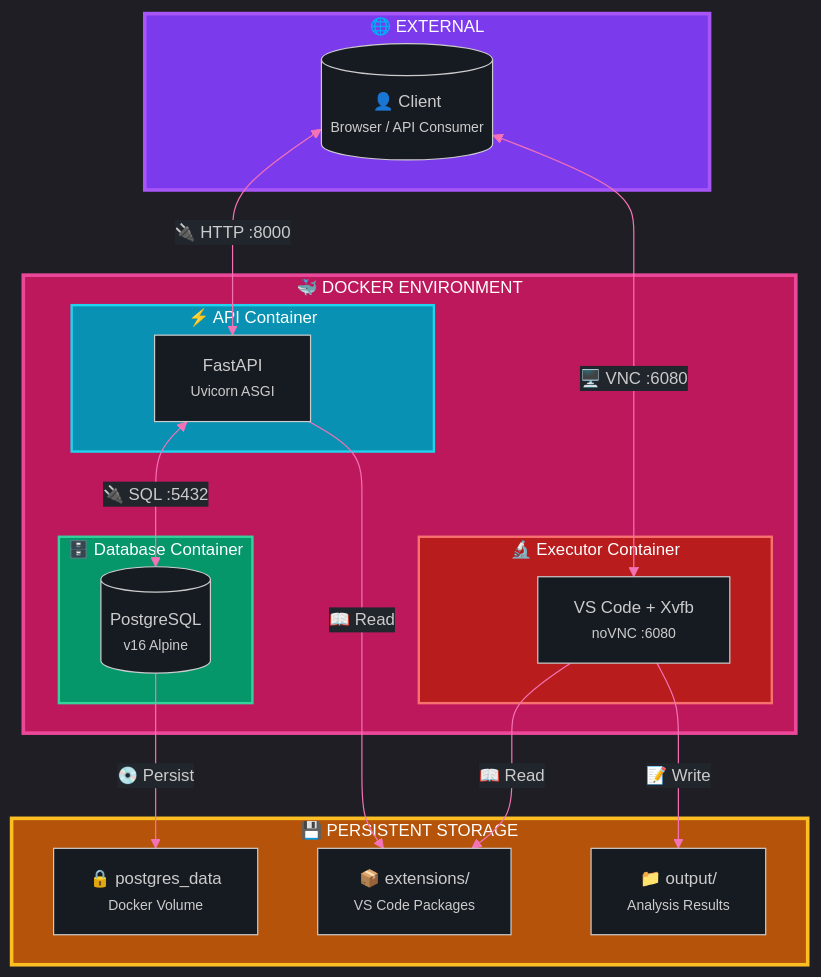
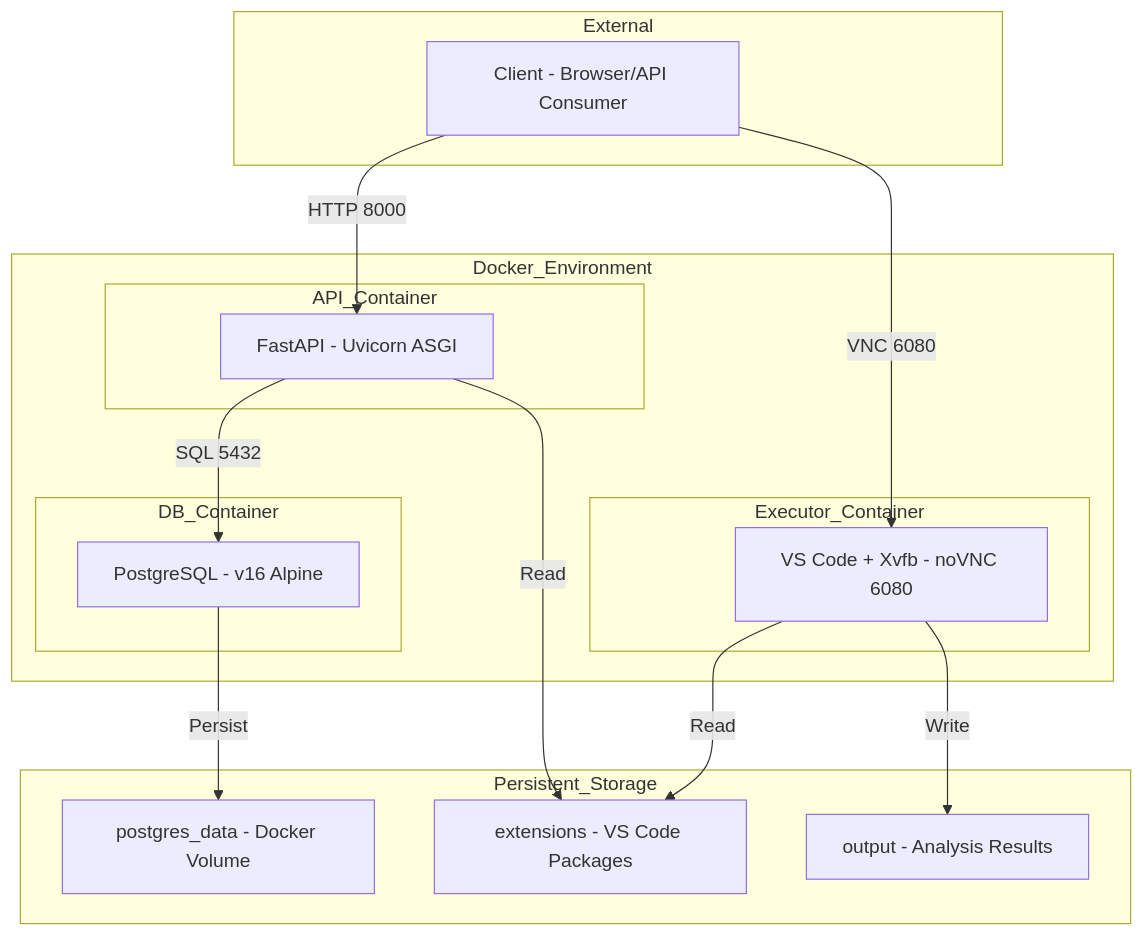
Before and after one commit to Ekremunalytu/automation_enviroment: the first of 17 diagrams in documents/ARCHITECTURE.md, drawn with Mermaid. The commit also changed 22 other files, not shown here.

````diff
--- a/documents/ARCHITECTURE.md
+++ b/documents/ARCHITECTURE.md
@@ -66,42 +66,34 @@
 ```mermaid
-%%{init: {'theme': 'dark', 'themeVariables': { 'background': '#0d1117', 'primaryColor': '#7c3aed', 'primaryTextColor': '#e6edf3', 'primaryBorderColor': '#a855f7', 'lineColor': '#f472b6', 'secondaryColor': '#1f2937', 'tertiaryColor': '#374151', 'mainBkg': '#161b22', 'nodeBkg': '#21262d', 'clusterBkg': '#161b22', 'titleColor': '#e6edf3', 'edgeLabelBackground': '#21262d', 'fontFamily': 'ui-monospace, monospace', 'fontSize': '14px'}}}%%
-flowchart TB
-    subgraph External["🌐 EXTERNAL"]
-        Client[("👤 Client<br/><small>Browser / API Consumer</small>")]
+graph TB
+    subgraph External
+        Client["Client - Browser/API Consumer"]
     end
 
-    subgraph Docker["🐳 DOCKER ENVIRONMENT"]
-        subgraph API["⚡ API Container"]
-            FastAPI["FastAPI<br/><small>Uvicorn ASGI</small>"]
+    subgraph Docker_Environment
+        subgraph API_Container
+            FastAPI["FastAPI - Uvicorn ASGI"]
         end
 
-        subgraph DB["🗄️ Database Container"]
-            PostgreSQL[("PostgreSQL<br/><small>v16 Alpine</small>")]
+        subgraph DB_Container
+            PostgreSQL["PostgreSQL - v16 Alpine"]
         end
 
-        subgraph Executor["🔬 Executor Container"]
-            VSCode["VS Code + Xvfb<br/><small>noVNC :6080</small>"]
+        subgraph Executor_Container
+            VSCode["VS Code + Xvfb - noVNC 6080"]
         end
     end
 
-    subgraph Storage["💾 PERSISTENT STORAGE"]
-        Extensions["📦 extensions/<br/><small>VS Code Packages</small>"]
-        Volumes["🔒 postgres_data<br/><small>Docker Volume</small>"]
-        Output["📁 output/<br/><small>Analysis Results</small>"]
+    subgraph Persistent_Storage
+        Extensions["extensions - VS Code Packages"]
+        Volumes["postgres_data - Docker Volume"]
+        Output["output - Analysis Results"]
     end
 
-    Client <-->|"🔌 HTTP :8000"| FastAPI
-    Client <-->|"🖥️ VNC :6080"| VSCode
-    FastAPI <-->|"🔌 SQL :5432"| PostgreSQL
-    FastAPI -->|"📖 Read"| Extensions
-    VSCode -->|"📖 Read"| Extensions
-    VSCode -->|"📝 Write"| Output
-    PostgreSQL -->|"💿 Persist"| Volumes
-
-    style External fill:#7c3aed,stroke:#a855f7,stroke-width:3px,color:#fff
-    style Docker fill:#be185d,stroke:#ec4899,stroke-width:3px,color:#fff
-    style API fill:#0891b2,stroke:#22d3ee,stroke-width:2px,color:#fff
-    style DB fill:#059669,stroke:#34d399,stroke-width:2px,color:#fff
-    style Executor fill:#b91c1c,stroke:#f87171,stroke-width:2px,color:#fff
-    style Storage fill:#b45309,stroke:#fbbf24,stroke-width:3px,color:#fff
+    Client -->|HTTP 8000| FastAPI
+    Client -->|VNC 6080| VSCode
+    FastAPI -->|SQL 5432| PostgreSQL
+    FastAPI -->|Read| Extensions
+    VSCode -->|Read| Extensions
+    VSCode -->|Write| Output
+    PostgreSQL -->|Persist| Volumes
 ```
````
